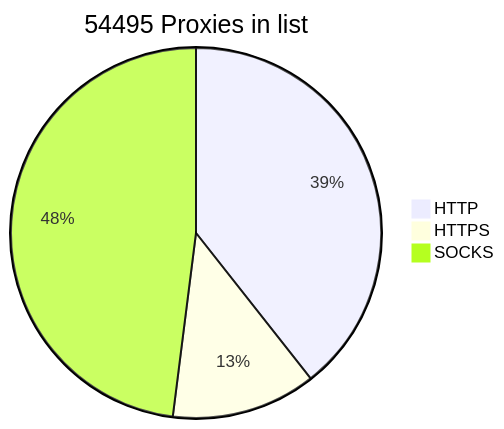
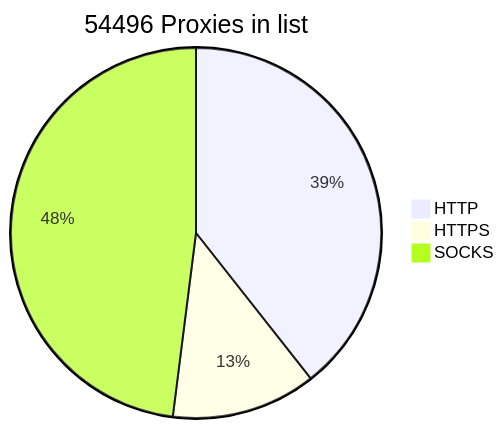
The diagram in README.md (BlackSnowDot/proxylist-update-every-minute), drawn with Mermaid before and after one commit.

````diff
--- a/README.md
+++ b/README.md
@@ -2,6 +2,6 @@
 ```mermaid
-pie title 54495 Proxies in list
+pie title 54496 Proxies in list
     "HTTP" : 24040
     "HTTPS": 7711
-    "SOCKS" : 29303
+    "SOCKS" : 29304
 ```
````
